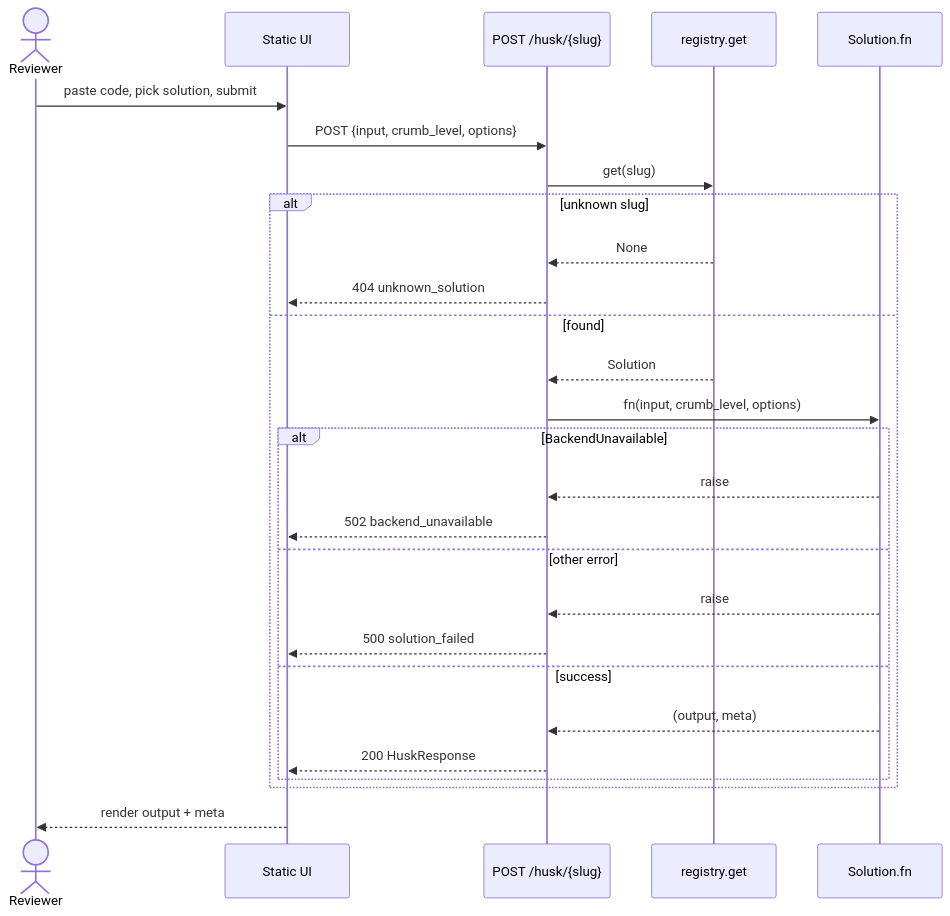
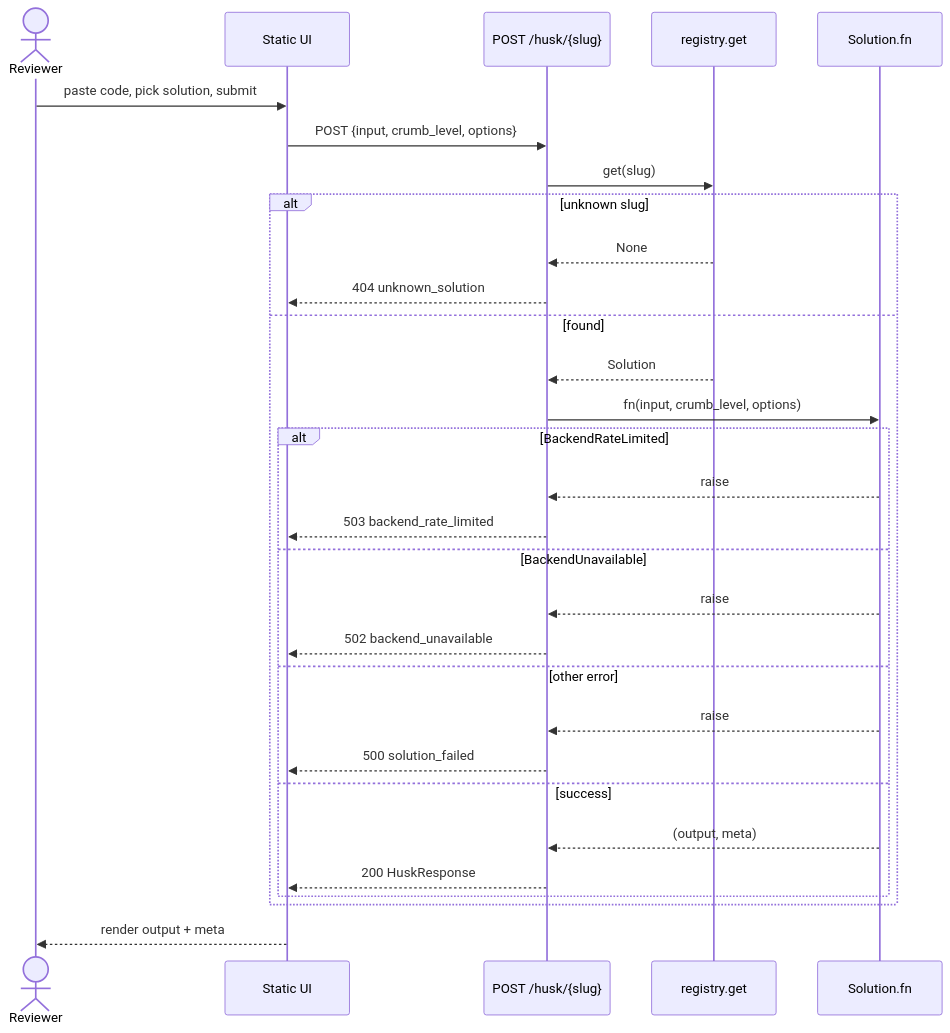
The diagram in docs/sdd-diagrams/sdd-seq-husk.mmd (jchigg2000-git/effigy), drawn with Mermaid before and after one commit. The commit also changed 57 other files, not shown here.

```diff
--- a/docs/sdd-diagrams/sdd-seq-husk.mmd
+++ b/docs/sdd-diagrams/sdd-seq-husk.mmd
@@ -1,27 +1,30 @@
 sequenceDiagram
     actor U as Reviewer
     participant UI as Static UI
     participant API as POST /husk/{slug}
     participant R as registry.get
     participant S as Solution.fn
     U->>UI: paste code, pick solution, submit
     UI->>API: POST {input, crumb_level, options}
     API->>R: get(slug)
     alt unknown slug
         R-->>API: None
         API-->>UI: 404 unknown_solution
     else found
         R-->>API: Solution
         API->>S: fn(input, crumb_level, options)
-        alt BackendUnavailable
+        alt BackendRateLimited
+            S-->>API: raise
+            API-->>UI: 503 backend_rate_limited
+        else BackendUnavailable
             S-->>API: raise
             API-->>UI: 502 backend_unavailable
         else other error
             S-->>API: raise
             API-->>UI: 500 solution_failed
         else success
             S-->>API: (output, meta)
             API-->>UI: 200 HuskResponse
         end
     end
     UI-->>U: render output + meta
```
